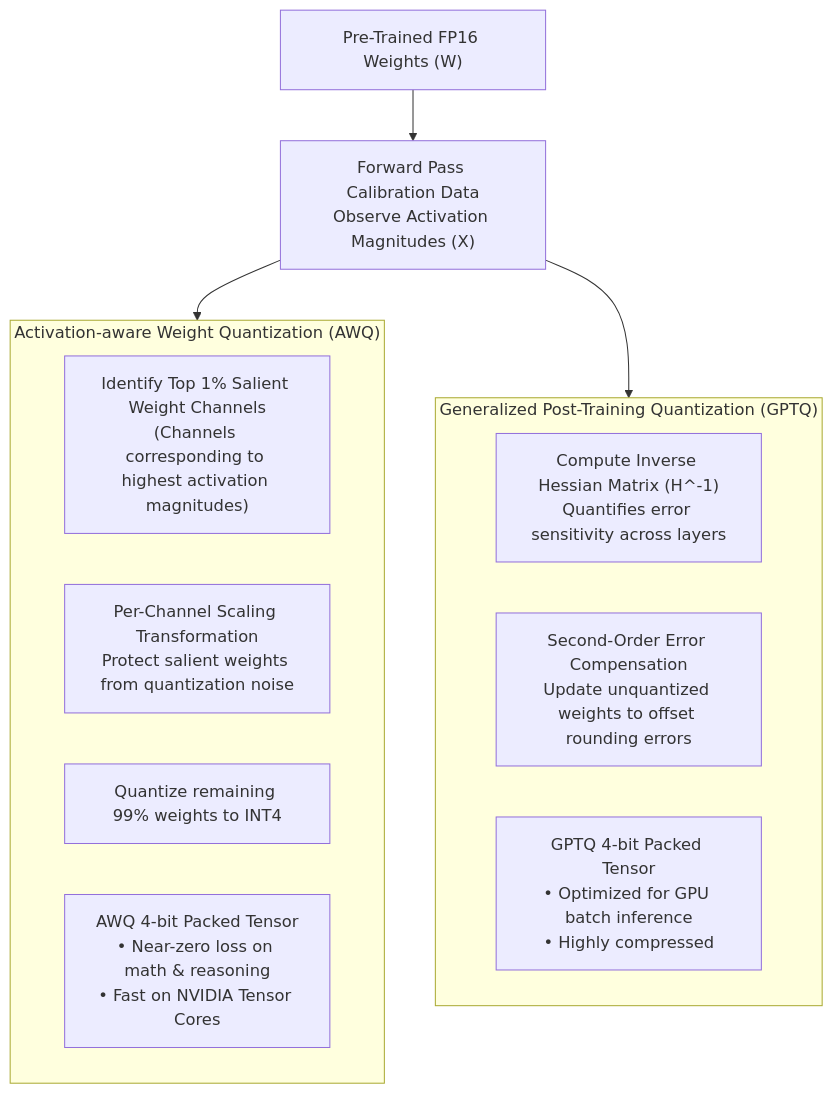
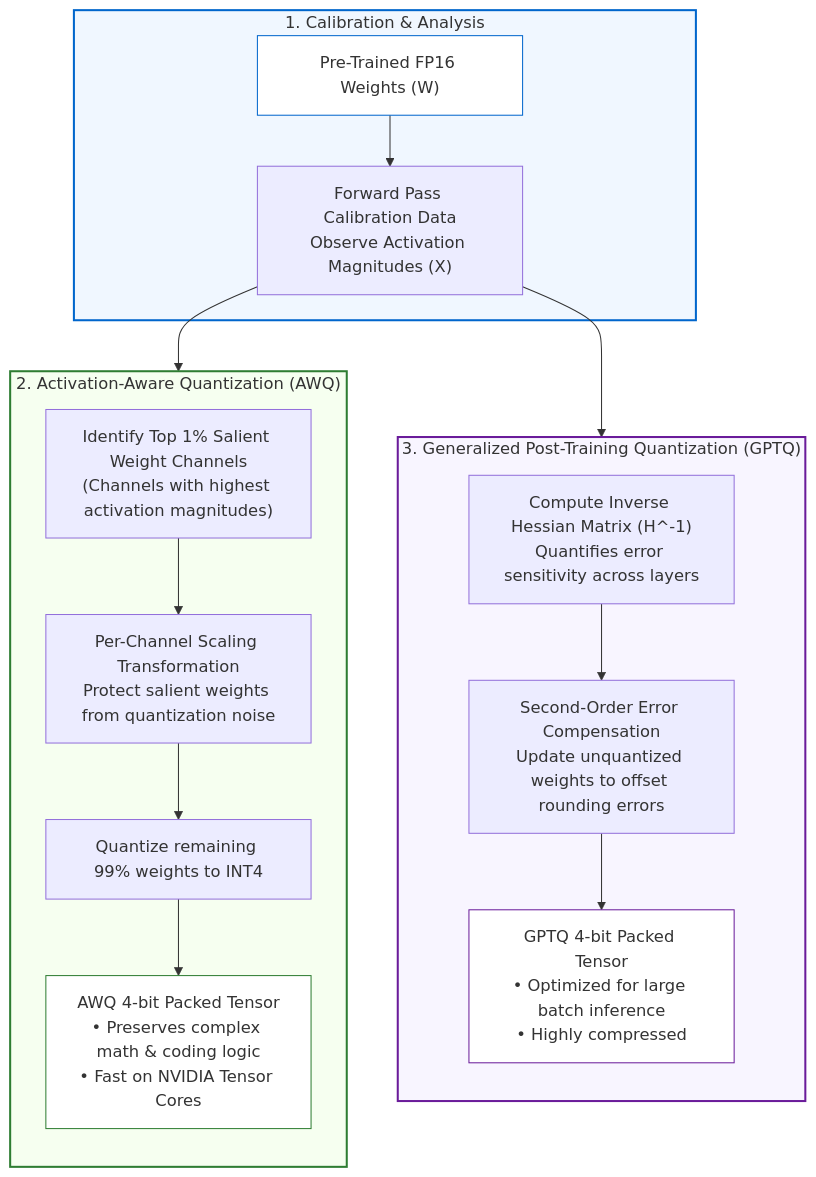
The diagram in 00-foundations-and-token-mechanics/05-slms-and-quantization-mechanics.md (dip4k/senior-engineer-to-ai-engineer-roadmap), drawn with Mermaid before and after one commit. The commit also changed other lines of this file and 6 other files, not shown here.

````diff
--- a/00-foundations-and-token-mechanics/05-slms-and-quantization-mechanics.md
+++ b/00-foundations-and-token-mechanics/05-slms-and-quantization-mechanics.md
@@ -113,20 +124,38 @@
 ```mermaid
 flowchart TD
-    Weights["Pre-Trained FP16 Weights (W)"] --> Analyze["Forward Pass Calibration Data\nObserve Activation Magnitudes (X)"]
-    
-    subgraph AWQ["Activation-aware Weight Quantization (AWQ)"]
-        FindSalient["Identify Top 1% Salient Weight Channels\n(Channels corresponding to highest activation magnitudes)"]
-        ScaleProtect["Per-Channel Scaling Transformation\nProtect salient weights from quantization noise"]
-        QuantizeLow["Quantize remaining 99% weights to INT4"]
-        AWQ_Out["AWQ 4-bit Packed Tensor\n• Near-zero loss on math & reasoning\n• Fast on NVIDIA Tensor Cores"]
+    subgraph CALIBRATION["1. Calibration & Analysis"]
+        Weights["Pre-Trained FP16 Weights (W)"]
+        Analyze["Forward Pass Calibration Data<br>Observe Activation Magnitudes (X)"]
+        Weights --> Analyze
     end
 
-    subgraph GPTQ["Generalized Post-Training Quantization (GPTQ)"]
-        Hessian["Compute Inverse Hessian Matrix (H^-1)\nQuantifies error sensitivity across layers"]
-        Compensate["Second-Order Error Compensation\nUpdate unquantized weights to offset rounding errors"]
-        GPTQ_Out["GPTQ 4-bit Packed Tensor\n• Optimized for GPU batch inference\n• Highly compressed"]
+    subgraph AWQ_BOX["2. Activation-Aware Quantization (AWQ)"]
+        direction TB
+        FindSalient["Identify Top 1% Salient Weight Channels<br>(Channels with highest activation magnitudes)"]
+        ScaleProtect["Per-Channel Scaling Transformation<br>Protect salient weights from quantization noise"]
+        QuantizeLow["Quantize remaining 99% weights to INT4"]
+        AWQ_Out["AWQ 4-bit Packed Tensor<br>• Preserves complex math & coding logic<br>• Fast on NVIDIA Tensor Cores"]
+
+        FindSalient --> ScaleProtect --> QuantizeLow --> AWQ_Out
     end
-    
-    Analyze --> AWQ
-    Analyze --> GPTQ
+
+    subgraph GPTQ_BOX["3. Generalized Post-Training Quantization (GPTQ)"]
+        direction TB
+        Hessian["Compute Inverse Hessian Matrix (H^-1)<br>Quantifies error sensitivity across layers"]
+        Compensate["Second-Order Error Compensation<br>Update unquantized weights to offset rounding errors"]
+        GPTQ_Out["GPTQ 4-bit Packed Tensor<br>• Optimized for large batch inference<br>• Highly compressed"]
+
+        Hessian --> Compensate --> GPTQ_Out
+    end
+
+    Analyze --> AWQ_BOX
+    Analyze --> GPTQ_BOX
+
+    style CALIBRATION fill:#f0f7ff,stroke:#0066cc,stroke-width:2px
+    style AWQ_BOX fill:#f6fff0,stroke:#2e7d32,stroke-width:2px
+    style GPTQ_BOX fill:#f8f5ff,stroke:#6a1b9a,stroke-width:2px
+
+    style Weights fill:#ffffff,stroke:#0066cc,stroke-width:1px
+    style AWQ_Out fill:#ffffff,stroke:#2e7d32,stroke-width:1px
+    style GPTQ_Out fill:#ffffff,stroke:#6a1b9a,stroke-width:1px
 ```
````
